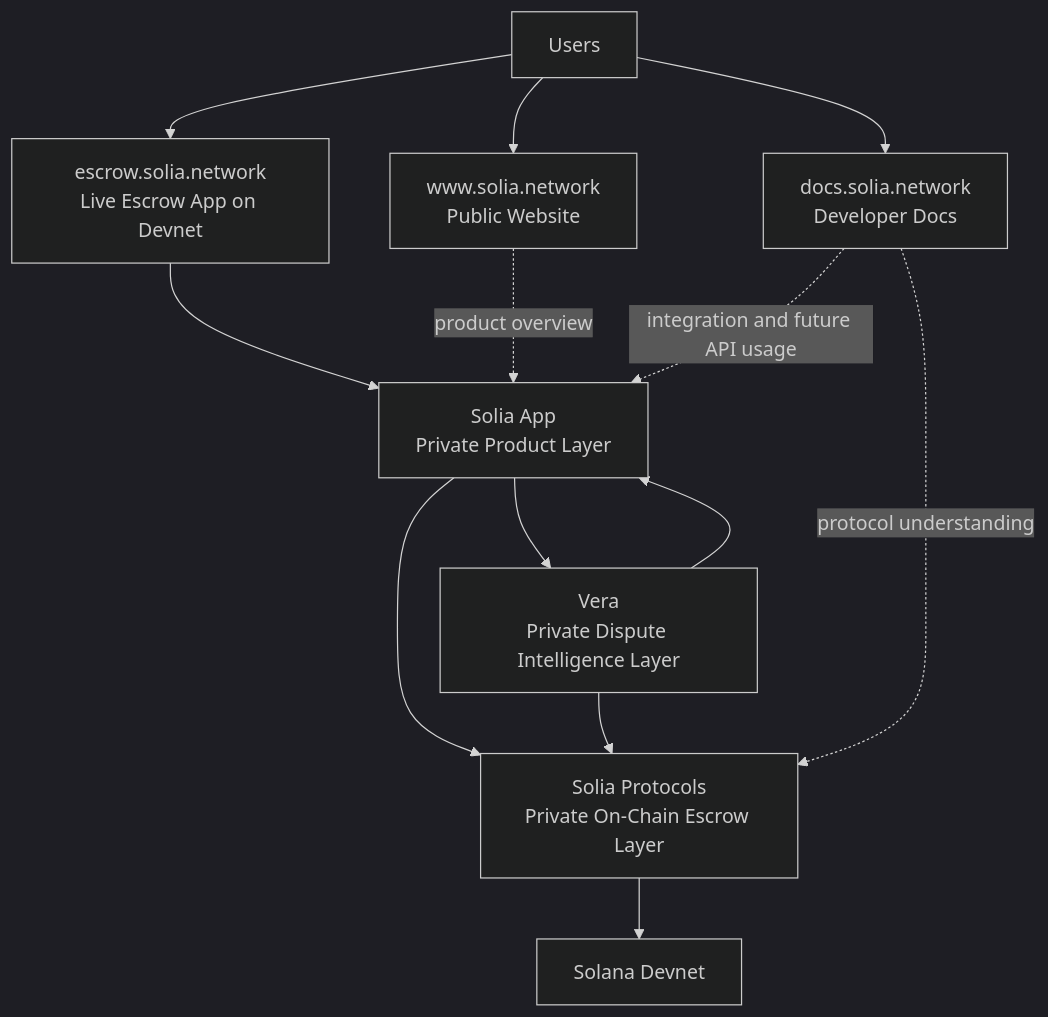
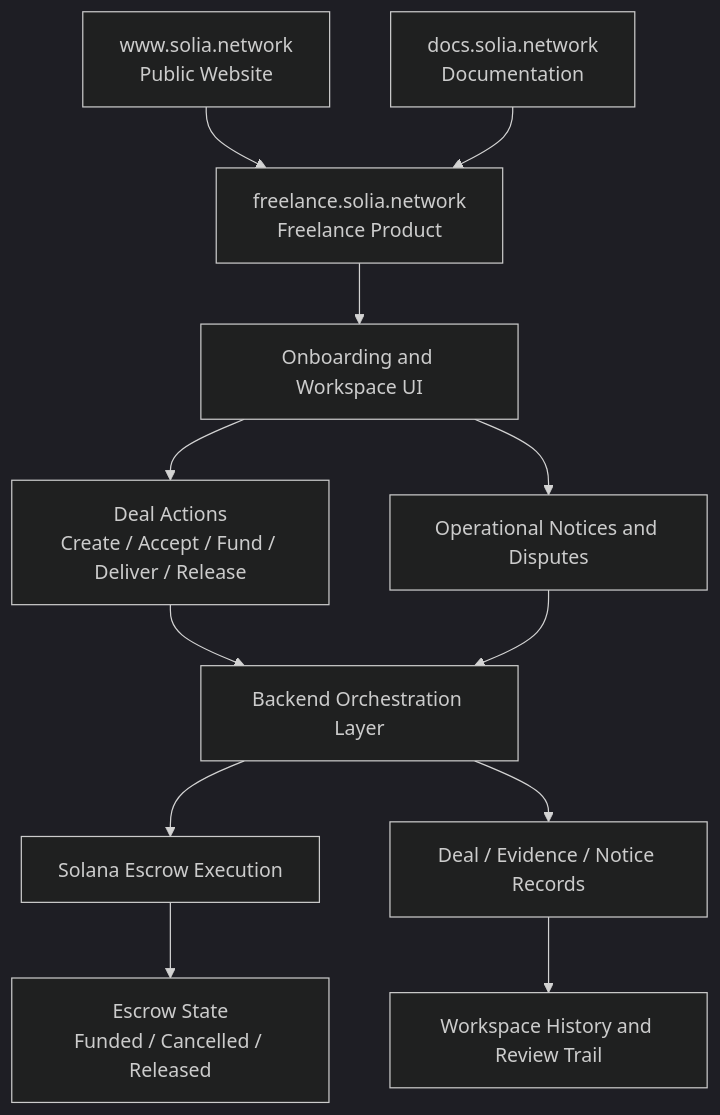
The diagram in README.md (Solia-Network/solia-network), drawn with Mermaid (dark theme) before and after one commit. The commit also changed other lines of this file and 5 other files, not shown here.

````diff
--- a/README.md
+++ b/README.md
@@ -142,27 +98,18 @@
 ```mermaid
 flowchart TD
-    U[Users]
-    W[www.solia.network<br/>Public Website]
-    E[escrow.solia.network<br/>Live Escrow App on Devnet]
-    D[docs.solia.network<br/>Developer Docs]
-    A[Solia App<br/>Private Product Layer]
-    P[Solia Protocols<br/>Private On-Chain Escrow Layer]
-    V[Vera<br/>Private Dispute Intelligence Layer]
-    S[Solana Devnet]
+    W[www.solia.network\nPublic Website] --> F[freelance.solia.network\nFreelance Product]
+    D[docs.solia.network\nDocumentation] --> F
 
-    U --> W
-    U --> E
-    U --> D
+    F --> U[Onboarding and Workspace UI]
+    U --> A[Deal Actions\nCreate / Accept / Fund / Deliver / Release]
+    U --> N[Operational Notices and Disputes]
 
-    E --> A
-    A --> P
-    P --> S
+    A --> B[Backend Orchestration Layer]
+    N --> B
 
-    A --> V
-    V --> A
-    V --> P
+    B --> S[Solana Escrow Execution]
+    B --> R[Deal / Evidence / Notice Records]
 
-    W -. product overview .-> A
-    D -. integration and future API usage .-> A
-    D -. protocol understanding .-> P
+    S --> E[Escrow State\nFunded / Cancelled / Released]
+    R --> X[Workspace History and Review Trail]
 ```
````
